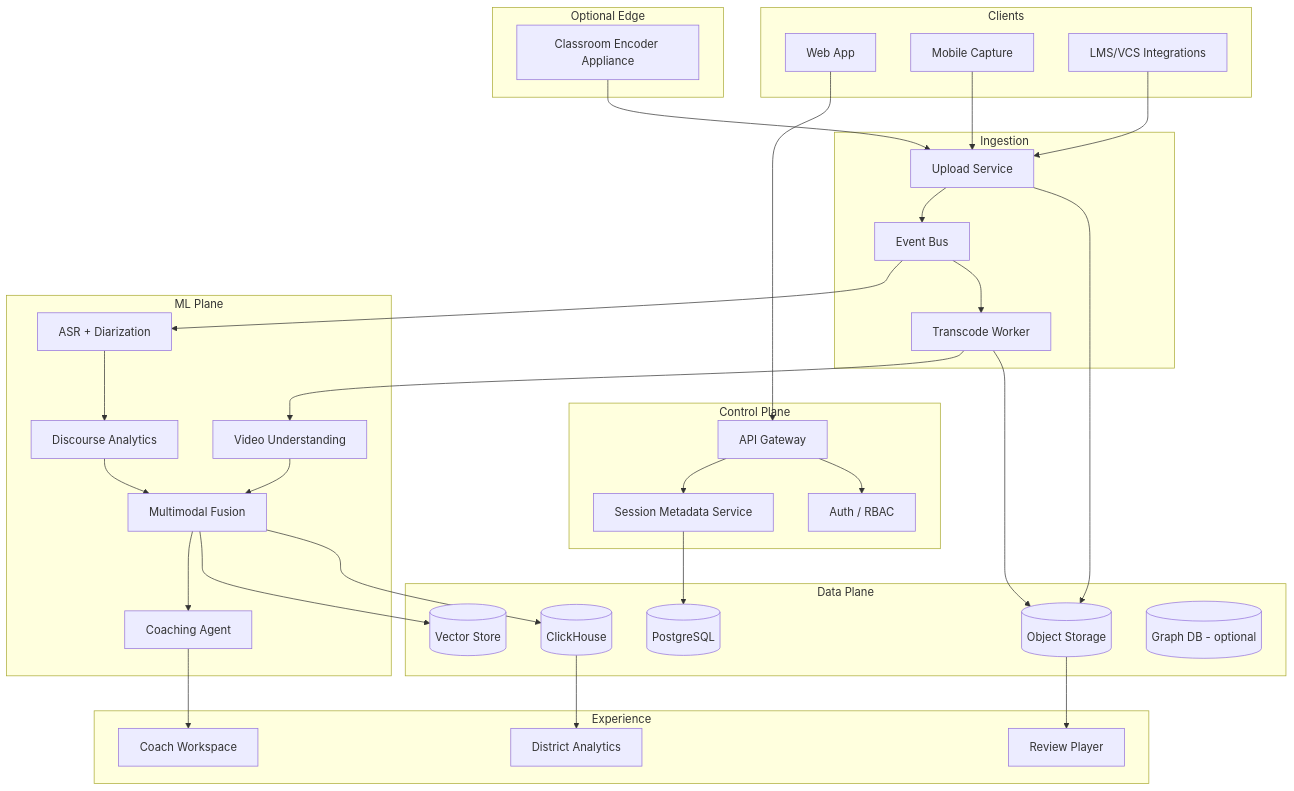
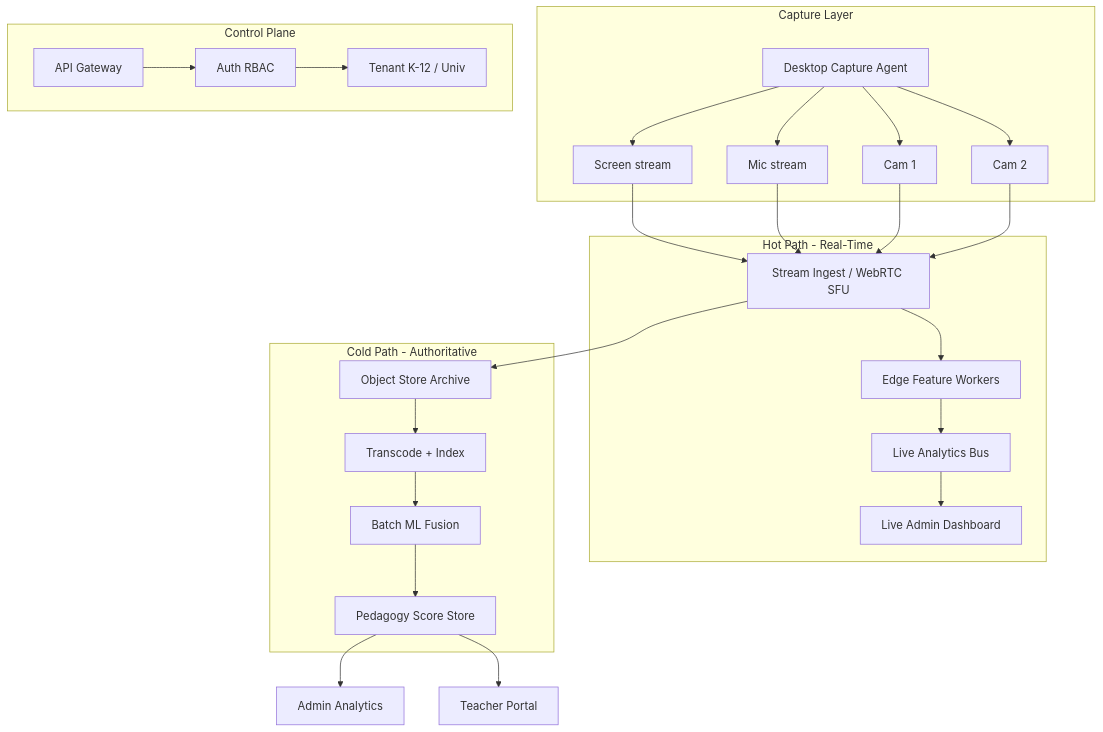
One commit to NITISH-R-G/PedagogyX changed the first of 3 diagrams in docs/05-architecture/SYSTEM_ARCHITECTURE.md. Above: the diagram before and after it, drawn with Mermaid. The commit also changed other lines of this file and 13 other files, not shown here.

````diff
--- a/docs/05-architecture/SYSTEM_ARCHITECTURE.md
+++ b/docs/05-architecture/SYSTEM_ARCHITECTURE.md
@@ -20,69 +22,38 @@
 ```mermaid
 flowchart TB
-    subgraph clients [Clients]
-        WEB[Web App]
-        MOB[Mobile Capture]
-        EXT[LMS/VCS Integrations]
+    subgraph capture [Capture Layer]
+        AGENT[Desktop Capture Agent]
+        SCR[Screen stream]
+        MIC[Mic stream]
+        CAM1[Cam 1]
+        CAM2[Cam 2]
     end
 
-    subgraph edge [Optional Edge]
-        ENC[Classroom Encoder Appliance]
+    subgraph realtime [Hot Path - Real-Time]
+        ING[Stream Ingest / WebRTC SFU]
+        EDGE[Edge Feature Workers]
+        LIVE[Live Analytics Bus]
+        DASH_L[Live Admin Dashboard]
     end
 
-    subgraph api [Control Plane]
-        GW[API Gateway]
-        AUTH[Auth / RBAC]
-        META[Session Metadata Service]
+    subgraph batch [Cold Path - Authoritative]
+        ARCH[Object Store Archive]
+        TR[Transcode + Index]
+        ML[Batch ML Fusion]
+        SCORE[Pedagogy Score Store]
     end
 
-    subgraph ingest [Ingestion]
-        UP[Upload Service]
-        BUS[Event Bus]
-        TR[Transcode Worker]
+    subgraph plane [Control Plane]
+        GW[API Gateway]
+        AUTH[Auth RBAC]
+        TEN[Tenant K-12 / Univ]
     end
 
-    subgraph ml [ML Plane]
-        ASR[ASR + Diarization]
-        NLP[Discourse Analytics]
-        CV[Video Understanding]
-        FUS[Multimodal Fusion]
-        LLM[Coaching Agent]
-    end
-
-    subgraph data [Data Plane]
-        OBJ[(Object Storage)]
-        OLTP[(PostgreSQL)]
-        OLAP[(ClickHouse)]
-        VEC[(Vector Store)]
-        GRAPH[(Graph DB - optional)]
-    end
-
-    subgraph exp [Experience]
-        REV[Review Player]
-        COACH[Coach Workspace]
-        DASH[District Analytics]
-    end
-
-    WEB --> GW
-    MOB --> UP
-    EXT --> UP
-    ENC --> UP
-    GW --> AUTH
-    GW --> META
-    UP --> OBJ
-    UP --> BUS
-    BUS --> TR
-    TR --> OBJ
-    BUS --> ASR
-    ASR --> NLP
-    TR --> CV
-    NLP --> FUS
-    CV --> FUS
-    FUS --> OLAP
-    FUS --> VEC
-    FUS --> LLM
-    META --> OLTP
-  LLM --> COACH
-    OBJ --> REV
-    OLAP --> DASH
+    AGENT --> SCR & MIC & CAM1 & CAM2
+    SCR & MIC & CAM1 & CAM2 --> ING
+    ING --> EDGE --> LIVE --> DASH_L
+    ING --> ARCH --> TR --> ML --> SCORE
+    GW --> AUTH --> TEN
+    SCORE --> DASH_A[Admin Analytics]
+    SCORE --> T_PORT[Teacher Portal]
 ```
````
